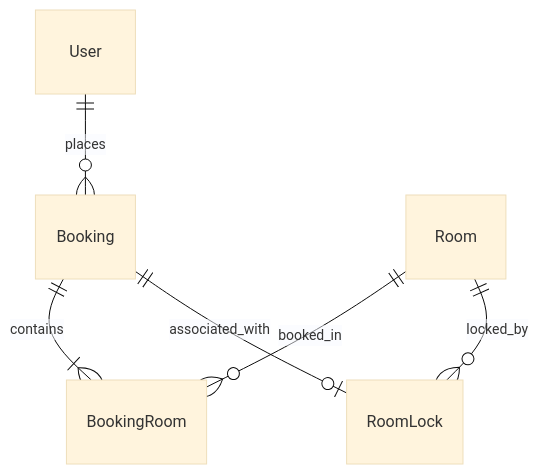
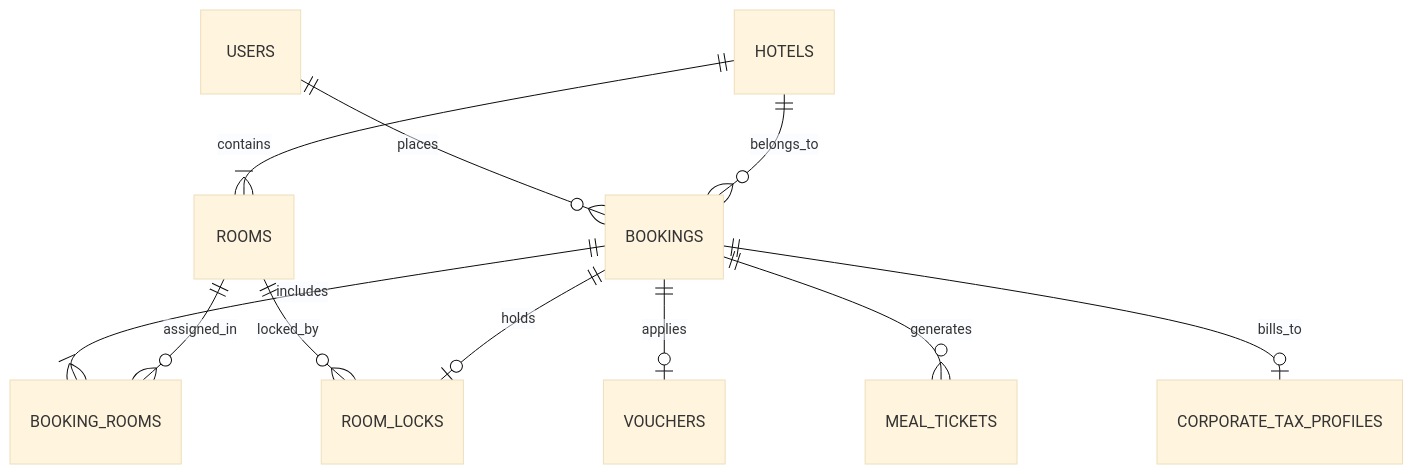
One commit to Minmin1426/hotel-booking-system changed the diagram in specs/003-booking-management/spec.md. Above: the diagram before and after it, drawn with Mermaid (base theme). The commit also changed other lines of this file and 3 other files, not shown here.

Commit message:
docs(specs): update 003-booking-management specifications with full details, group bookings, deposit, CTP, and 50-screen alignment

````diff
--- a/specs/003-booking-management/spec.md
+++ b/specs/003-booking-management/spec.md
@@ -77,8 +81,13 @@
 ```mermaid
 erDiagram
-    User ||--o{ Booking : "places"
-    Booking ||--|{ BookingRoom : "contains"
-    Room ||--o{ BookingRoom : "booked_in"
-    Room ||--o{ RoomLock : "locked_by"
-    Booking ||--o| RoomLock : "associated_with"
+    USERS ||--o{ BOOKINGS : "places"
+    HOTELS ||--o{ BOOKINGS : "belongs_to"
+    HOTELS ||--|{ ROOMS : "contains"
+    BOOKINGS ||--|{ BOOKING_ROOMS : "includes"
+    ROOMS ||--o{ BOOKING_ROOMS : "assigned_in"
+    ROOMS ||--o{ ROOM_LOCKS : "locked_by"
+    BOOKINGS ||--o| ROOM_LOCKS : "holds"
+    BOOKINGS ||--o| VOUCHERS : "applies"
+    BOOKINGS ||--o{ MEAL_TICKETS : "generates"
+    BOOKINGS ||--o| CORPORATE_TAX_PROFILES : "bills_to"
 ```
````
